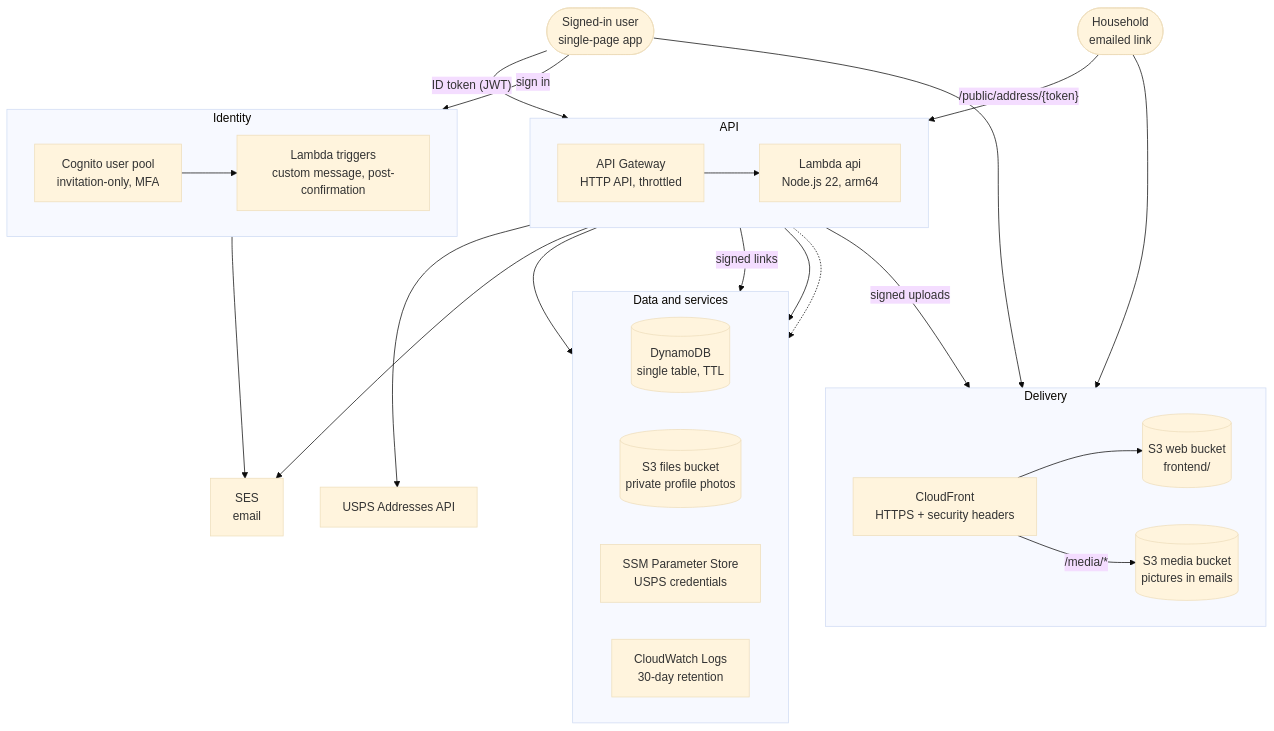
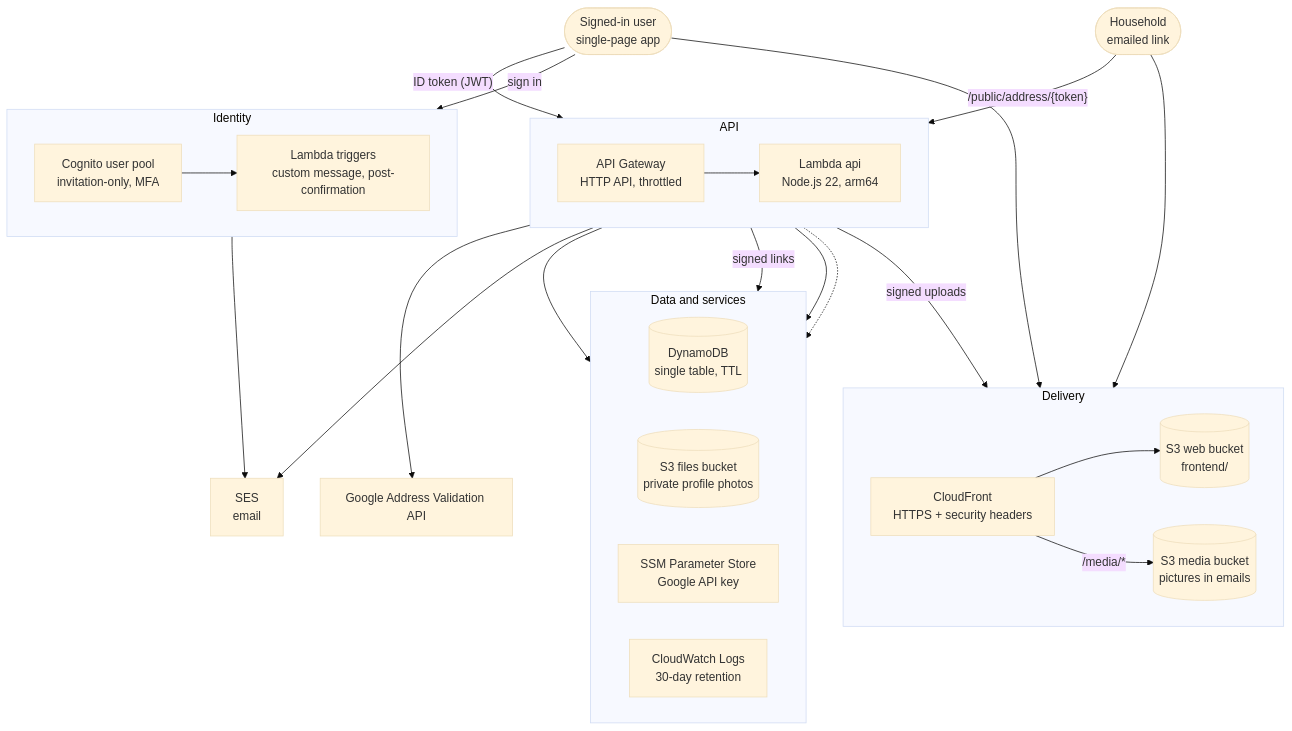
Before and after one commit to mszmansky/occasion-address-book: the diagram in README.md, drawn with Mermaid (base theme). The commit also changed other lines of this file and 11 other files, not shown here.

First line of the commit message:
Switch address checks from USPS to Google Address Validation

````diff
--- a/README.md
+++ b/README.md
@@ -60,53 +60,53 @@
 ```mermaid
 flowchart TB
     user(["Signed-in user<br/>single-page app"])
     guest(["Household<br/>emailed link"])
 
     subgraph edge["Delivery"]
         direction LR
         cf["CloudFront<br/>HTTPS + security headers"]
         web[("S3 web bucket<br/>frontend/")]
         media[("S3 media bucket<br/>pictures in emails")]
     end
 
     subgraph identity["Identity"]
         direction LR
         cognito["Cognito user pool<br/>invitation-only, MFA"]
         triggers["Lambda triggers<br/>custom message, post-confirmation"]
     end
 
     subgraph backend["API"]
         direction LR
         apigw["API Gateway<br/>HTTP API, throttled"]
         apiFn["Lambda api<br/>Node.js 22, arm64"]
     end
 
     subgraph data["Data and services"]
         direction LR
         ddb[("DynamoDB<br/>single table, TTL")]
         files[("S3 files bucket<br/>private profile photos")]
-        ssm["SSM Parameter Store<br/>USPS credentials"]
+        ssm["SSM Parameter Store<br/>Google API key"]
         logs["CloudWatch Logs<br/>30-day retention"]
     end
 
     ses["SES<br/>email"]
-    usps["USPS Addresses API"]
+    gav["Google Address Validation API"]
 
     user --> cf
     guest --> cf
     cf --> web
     cf -- "/media/*" --> media
     user -- "sign in" --> cognito
     cognito --> triggers
     user -- "ID token (JWT)" --> apigw
     guest -- "/public/address/{token}" --> apigw
     apigw --> apiFn
     apiFn --> ddb
     apiFn -- "signed links" --> files
     apiFn --> ssm
     apiFn -.-> logs
     apiFn -- "signed uploads" --> media
-    apiFn --> usps
+    apiFn --> gav
     apiFn --> ses
     triggers --> ses
 ```
````
